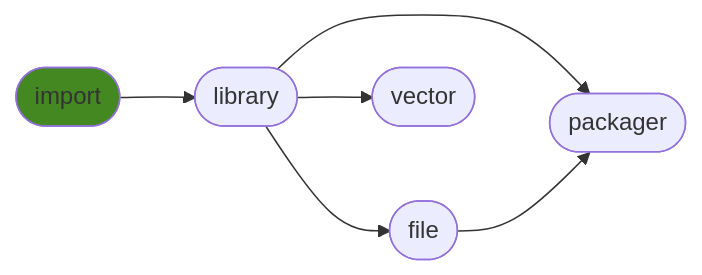
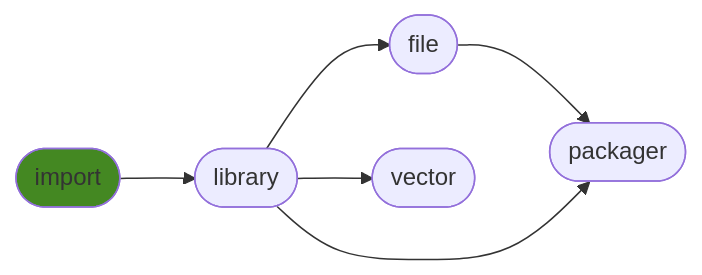
One commit to ManderaGeneral/generalimport changed the diagram in README.md. Above: the diagram before and after it, drawn with Mermaid. The commit also changed other lines of this file, not shown here.

````diff
--- a/README.md
+++ b/README.md
@@ -20,14 +20,14 @@
 ```mermaid
 flowchart LR
+1([library]) --> 3([vector])
+2([file]) --> 4([packager])
 1([library]) --> 4([packager])
+0([import]) --> 1([library])
 1([library]) --> 2([file])
-2([file]) --> 4([packager])
-0([import]) --> 1([library])
-1([library]) --> 3([vector])
 click 0 "https://github.com/ManderaGeneral/generalimport"
 click 1 "https://github.com/ManderaGeneral/generallibrary"
 click 2 "https://github.com/ManderaGeneral/generalfile"
 click 3 "https://github.com/ManderaGeneral/generalvector"
 click 4 "https://github.com/ManderaGeneral/generalpackager"
 style 0 fill:#482
 ```
````
